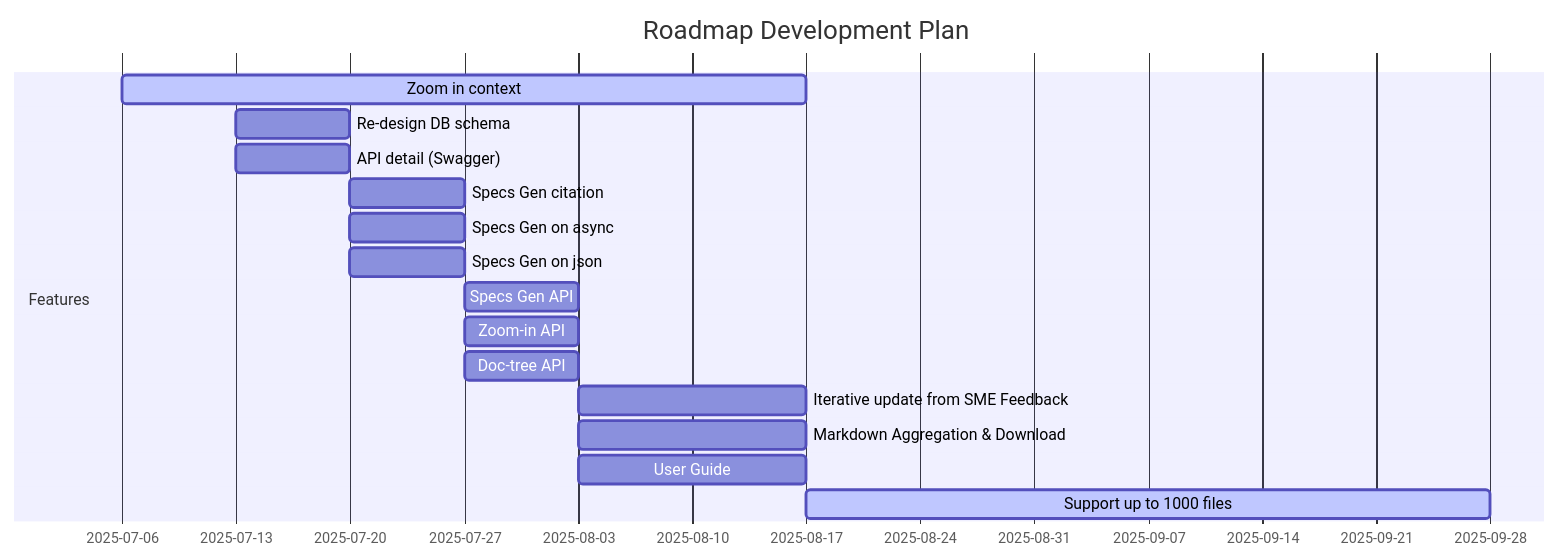
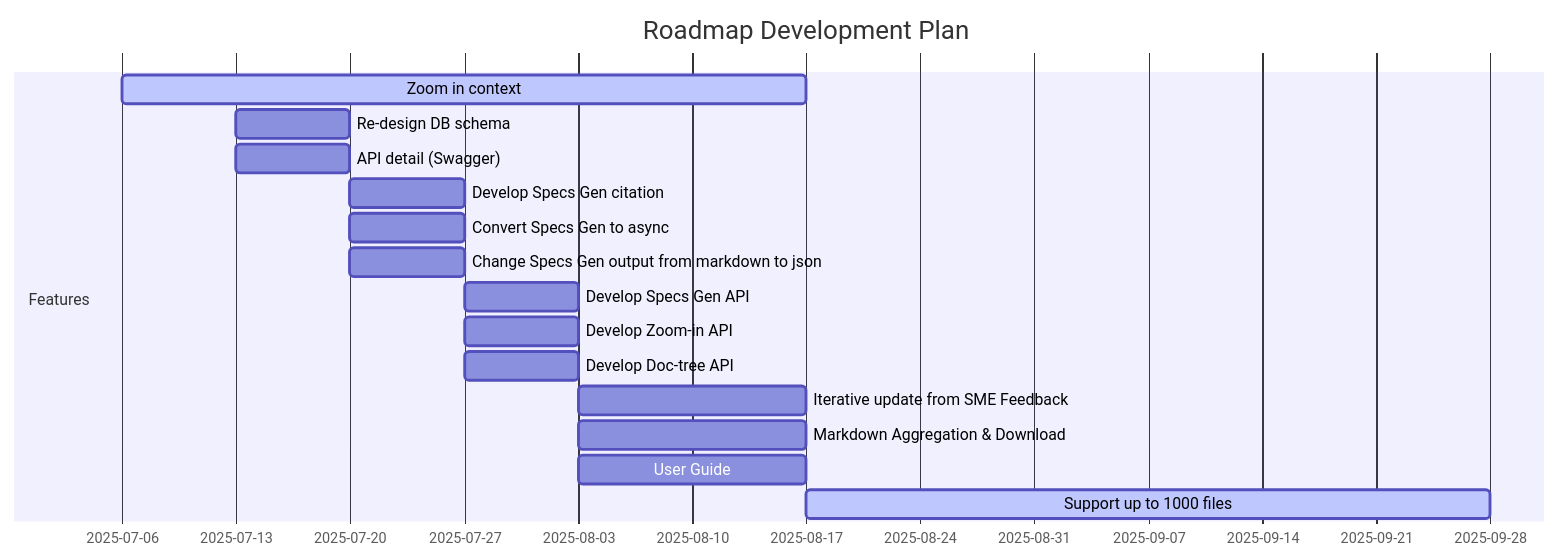
Before and after one commit to anhttmle/CAIO: the diagram in C2B/Phase 2/Roadmap.md, drawn with Mermaid.

````diff
--- a/C2B/Phase 2/Roadmap.md
+++ b/C2B/Phase 2/Roadmap.md
@@ -3,34 +3,32 @@
 ```mermaid
 
 gantt
     title Roadmap Development Plan
     dateFormat  YYYY-MM-DD
     axisFormat  %Y-%m-%d
     section Features
     Zoom in context                     :active, zoom, 2025-07-06, 2025-08-17
 
     Re-design DB schema                :db_schema, 2025-07-13, 2025-07-20
     API detail (Swagger)            :doc_api, 2025-07-13, 2025-07-20
 
-    Specs Gen citation             :citation_api, 2025-07-20, 2025-07-27
-    Specs Gen on async         :specs_async, 2025-07-20, 2025-07-27
-    Specs Gen on json             :convert_json, 2025-07-20, 2025-07-27
+    Develop Specs Gen citation             :citation_api, 2025-07-20, 2025-07-27
+    Convert Specs Gen to async         :specs_async, 2025-07-20, 2025-07-27
+    Change Specs Gen output from markdown to json             :convert_json, 2025-07-20, 2025-07-27
     
-    Specs Gen API   :gen_specs, 2025-07-27, 2025-08-03
-    Zoom-in API   :zoom-in, 2025-07-27, 2025-08-03
-    Doc-tree API   :doc-tree, 2025-07-27, 2025-08-03
+    Develop Specs Gen API   :gen_specs, 2025-07-27, 2025-08-03
+    Develop Zoom-in API   :zoom-in, 2025-07-27, 2025-08-03
+    Develop Doc-tree API   :doc-tree, 2025-07-27, 2025-08-03
 
     Iterative update from SME Feedback  :optimize, 2025-08-03, 2025-08-17
     Markdown Aggregation & Download   :markdown, 2025-08-03, 2025-08-17
     User Guide          :user-guide, 2025-08-03, 2025-08-17
 
 
     Support up to 1000 files           :active, scale_up, 2025-08-17, 2025-09-28
 
     
 
 
 
-
-
 ```
````
